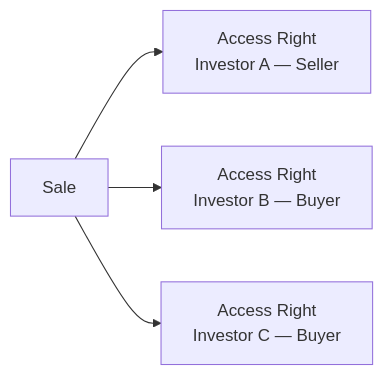
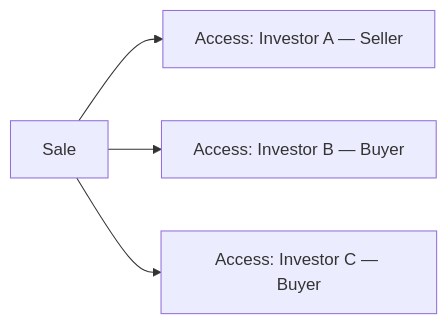
The third of 6 diagrams in docs/user_guides/secondary_sales_user_guide.md (sampadadiwan/IRM_CompanyMain), drawn with Mermaid before and after one commit. The commit also changed other lines of this file and 21 other files, not shown here.

````diff
--- a/docs/user_guides/secondary_sales_user_guide.md
+++ b/docs/user_guides/secondary_sales_user_guide.md
@@ -145,6 +131,6 @@
 ```mermaid
 graph LR
-    Sale --> AR1[Access Right\nInvestor A — Seller]
-    Sale --> AR2[Access Right\nInvestor B — Buyer]
-    Sale --> AR3[Access Right\nInvestor C — Buyer]
+    Sale --> AR1[Access: Investor A — Seller]
+    Sale --> AR2[Access: Investor B — Buyer]
+    Sale --> AR3[Access: Investor C — Buyer]
 ```
````
